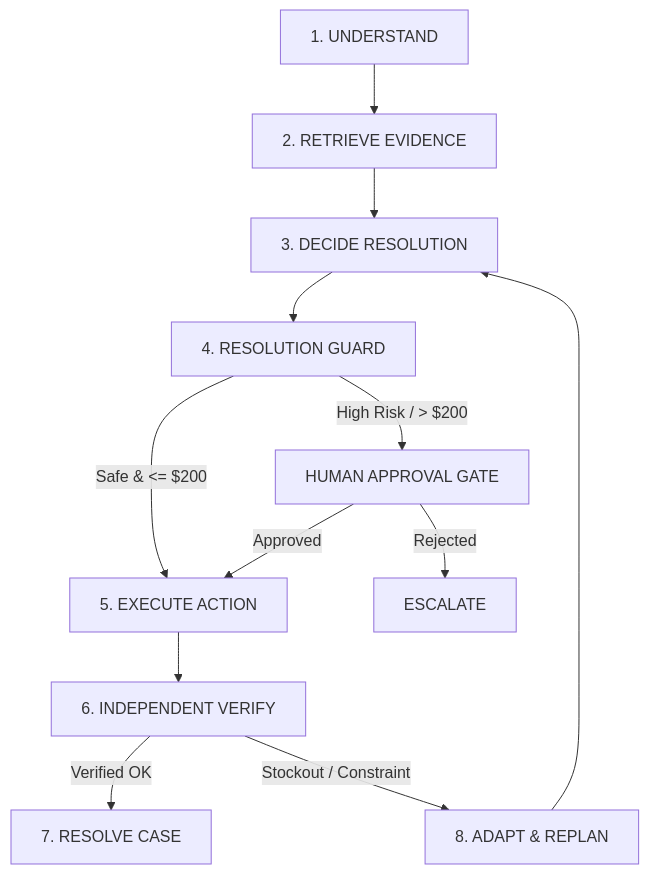
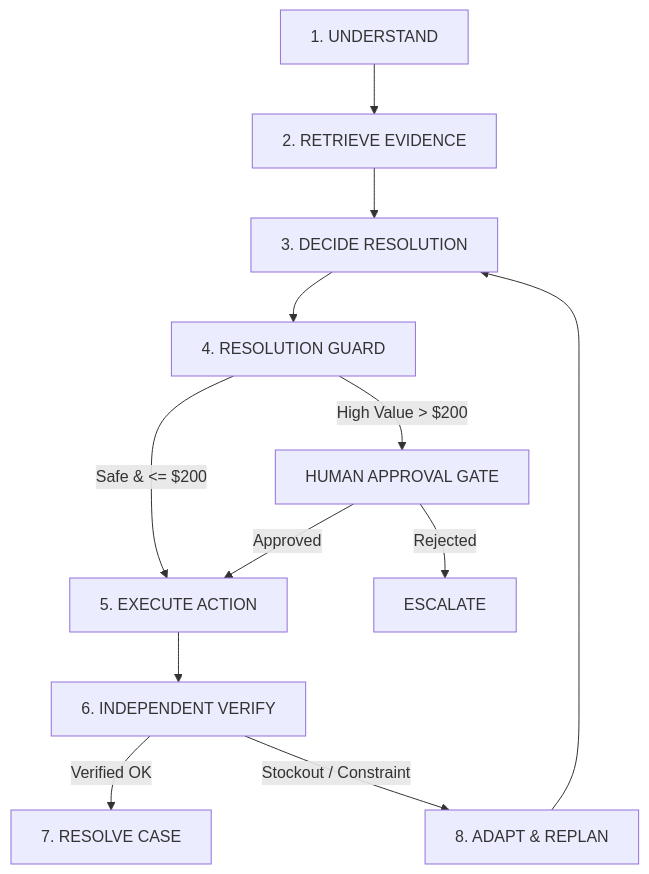
One commit to PurvaBhadange/ResolveOS-2 changed the diagram in README.md. Above: the diagram before and after it, drawn with Mermaid. The commit also changed other lines of this file, not shown here.

````diff
--- a/README.md
+++ b/README.md
@@ -24,14 +20,14 @@
 ```mermaid
 flowchart TD
     A[1. UNDERSTAND] --> B[2. RETRIEVE EVIDENCE]
     B --> C[3. DECIDE RESOLUTION]
     C --> D[4. RESOLUTION GUARD]
     D -->|Safe & <= $200| E[5. EXECUTE ACTION]
-    D -->|High Risk / > $200| F[HUMAN APPROVAL GATE]
+    D -->|High Value > $200| F[HUMAN APPROVAL GATE]
     F -->|Approved| E
     F -->|Rejected| G[ESCALATE]
     E --> H[6. INDEPENDENT VERIFY]
     H -->|Verified OK| I[7. RESOLVE CASE]
     H -->|Stockout / Constraint| J[8. ADAPT & REPLAN]
     J --> C
 ```
````
